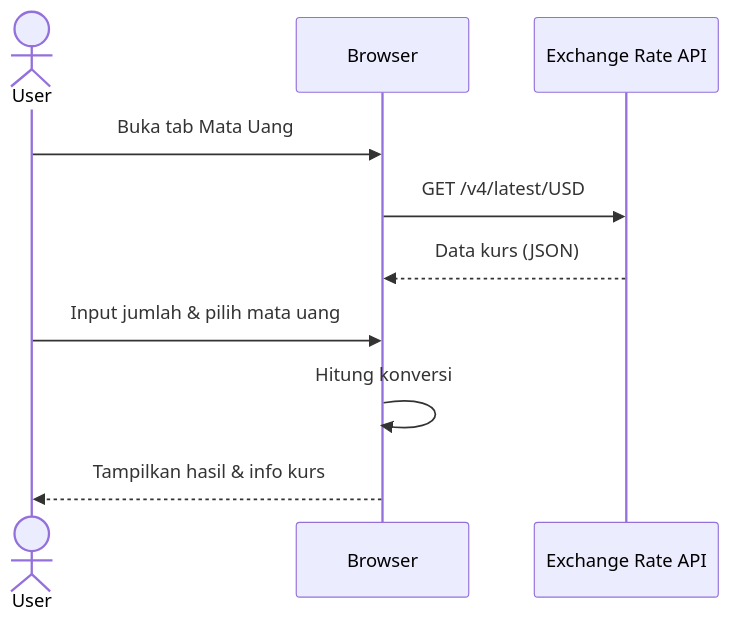
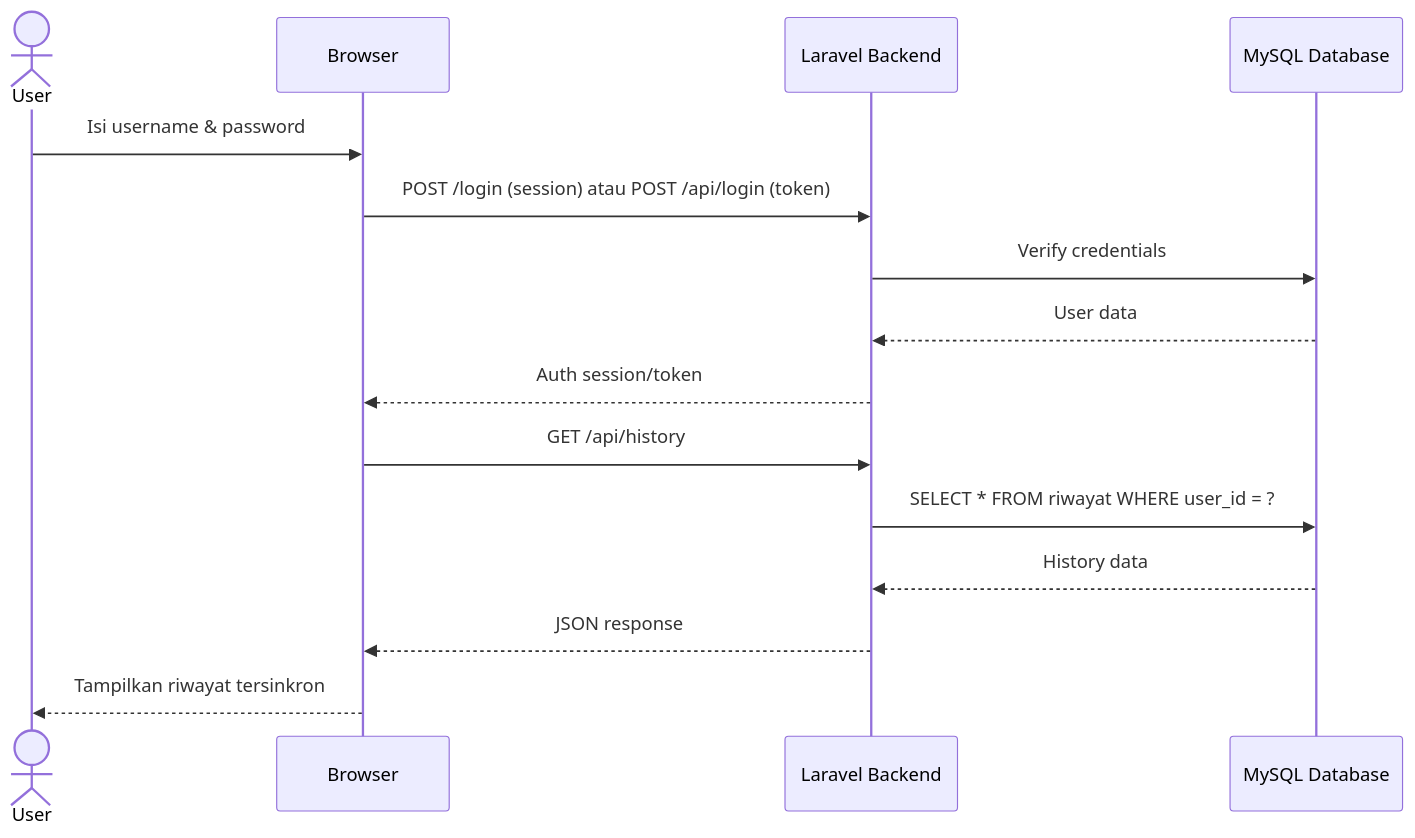
The sixth of 7 diagrams in e-concalc-web/README.md (falcon-ioi/Caclcon), drawn with Mermaid before and after one commit. The commit also changed other lines of this file and 2 other files, not shown here.

First line of the commit message:
docs: update all README files with auth, API sync, database schema

````diff
--- a/e-concalc-web/README.md
+++ b/e-concalc-web/README.md
@@ -197,13 +270,18 @@
 ```mermaid
 sequenceDiagram
     actor User
     participant Browser
-    participant API as Exchange Rate API
+    participant Laravel as Laravel Backend
+    participant DB as MySQL Database
 
-    User->>Browser: Buka tab Mata Uang
-    Browser->>API: GET /v4/latest/USD
-    API-->>Browser: Data kurs (JSON)
-    User->>Browser: Input jumlah & pilih mata uang
-    Browser->>Browser: Hitung konversi
-    Browser-->>User: Tampilkan hasil & info kurs
+    User->>Browser: Isi username & password
+    Browser->>Laravel: POST /login (session) atau POST /api/login (token)
+    Laravel->>DB: Verify credentials
+    DB-->>Laravel: User data
+    Laravel-->>Browser: Auth session/token
+    Browser->>Laravel: GET /api/history
+    Laravel->>DB: SELECT * FROM riwayat WHERE user_id = ?
+    DB-->>Laravel: History data
+    Laravel-->>Browser: JSON response
+    Browser-->>User: Tampilkan riwayat tersinkron
 ```
````
